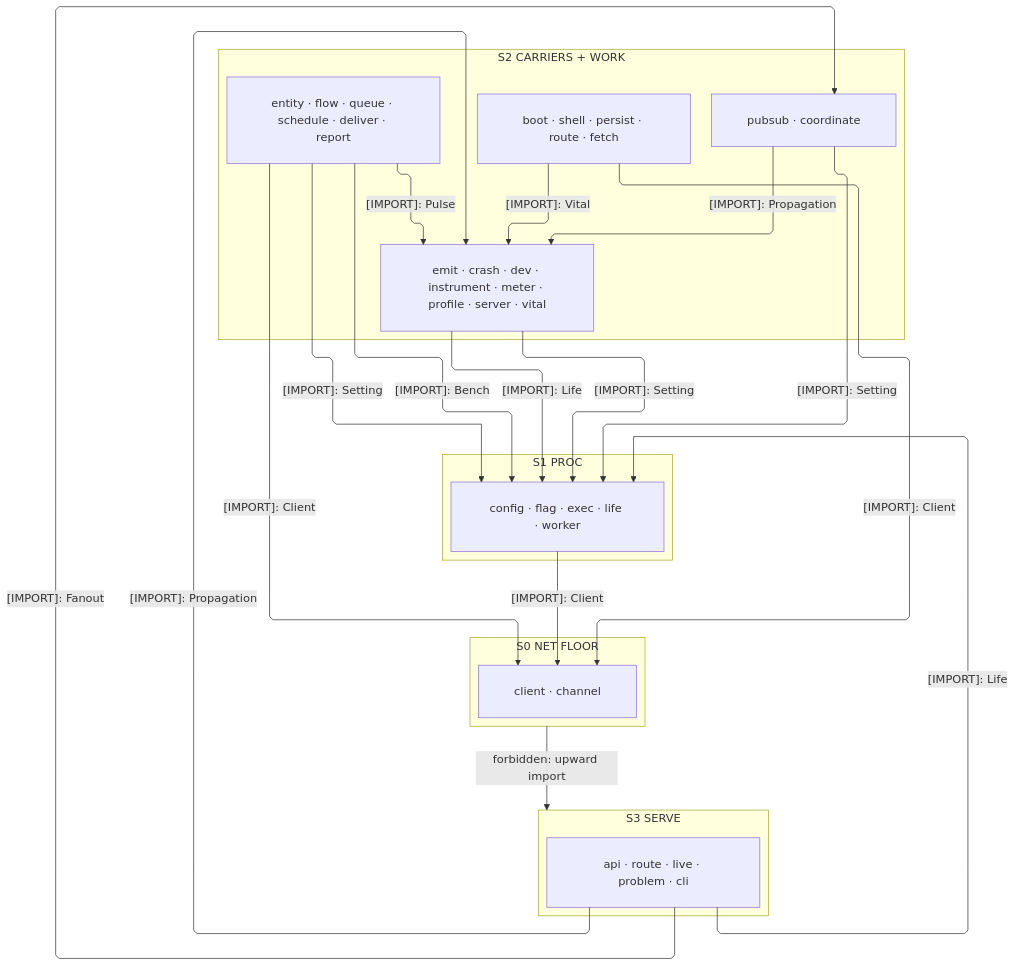
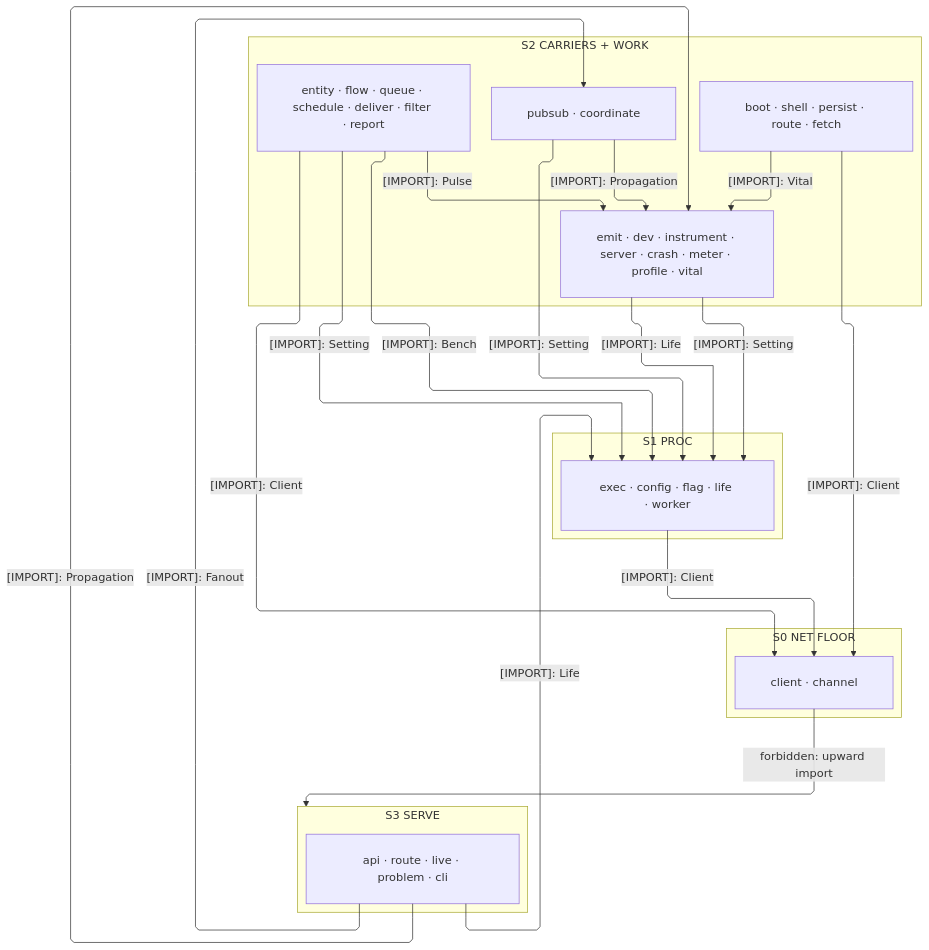
Before and after one commit to bsamiee/Rasm: the first of 4 diagrams in libs/typescript/runtime/ARCHITECTURE.md, drawn with Mermaid. The commit also changed other lines of this file and 115 other files, not shown here.

````diff
--- a/libs/typescript/runtime/ARCHITECTURE.md
+++ b/libs/typescript/runtime/ARCHITECTURE.md
@@ -68,43 +72,42 @@
 ```mermaid
 ---
 config:
   layout: elk
   flowchart:
     curve: linear
     padding: 25
 ---
 flowchart TB
     accTitle: Runtime interior import strata
-    accDescr: Four strata — serve over the carriers, browser and work at the same rank, over proc onto the net floor; lateral edges stay inside S2.
+    accDescr: How the interior sub-domains rank onto the net floor, lateral edges held inside one stratum.
     subgraph S3["S3 SERVE"]
         Serve["api · route · live · problem · cli"]
     end
     subgraph S2["S2 CARRIERS + WORK"]
         Fanout["pubsub · coordinate"]
-        Otel["emit · crash · dev · instrument · meter · profile · server · vital"]
+        Otel["emit · dev · instrument · server · crash · meter · profile · vital"]
         Browser["boot · shell · persist · route · fetch"]
-        Work["entity · flow · queue · schedule · deliver · report"]
+        Work["entity · flow · queue · schedule · deliver · filter · report"]
     end
     subgraph S1["S1 PROC"]
-        Proc["config · flag · exec · life · worker"]
+        Proc["exec · config · flag · life · worker"]
     end
     subgraph S0["S0 NET FLOOR"]
         NetFloor["client · channel"]
     end
     Proc e1@-->|"[IMPORT]: Client"| NetFloor
     Fanout e2@-->|"[IMPORT]: Setting"| Proc
     Otel e3@-->|"[IMPORT]: Life"| Proc
-    Otel e11@-->|"[IMPORT]: Setting"| Proc
-    Browser e4@-->|"[IMPORT]: Client"| NetFloor
-    Work e5@-->|"[IMPORT]: Setting"| Proc
-    Work e6@-->|"[IMPORT]: Client"| NetFloor
-    Work e10@-->|"[IMPORT]: Bench"| Proc
-    Work e12@-->|"[IMPORT]: Pulse"| Otel
-    Browser e13@-->|"[IMPORT]: Vital"| Otel
-    Fanout e14@-->|"[IMPORT]: Propagation"| Otel
-    Serve e7@-->|"[IMPORT]: Fanout"| Fanout
-    Serve e8@-->|"[IMPORT]: Propagation"| Otel
-    Serve e9@-->|"[IMPORT]: Life"| Proc
-    Serve ~~~ Fanout
-    S0 f1@-->|"forbidden: upward import"| S3
+    Otel e4@-->|"[IMPORT]: Setting"| Proc
+    Browser e5@-->|"[IMPORT]: Client"| NetFloor
+    Work e6@-->|"[IMPORT]: Setting"| Proc
+    Work e7@-->|"[IMPORT]: Client"| NetFloor
+    Work e8@-->|"[IMPORT]: Bench"| Proc
+    Work e9@-->|"[IMPORT]: Pulse"| Otel
+    Browser e10@-->|"[IMPORT]: Vital"| Otel
+    Fanout e11@-->|"[IMPORT]: Propagation"| Otel
+    Serve e12@-->|"[IMPORT]: Fanout"| Fanout
+    Serve e13@-->|"[IMPORT]: Propagation"| Otel
+    Serve e14@-->|"[IMPORT]: Life"| Proc
+    NetFloor f1@-->|"forbidden: upward import"| S3
 ```
````
